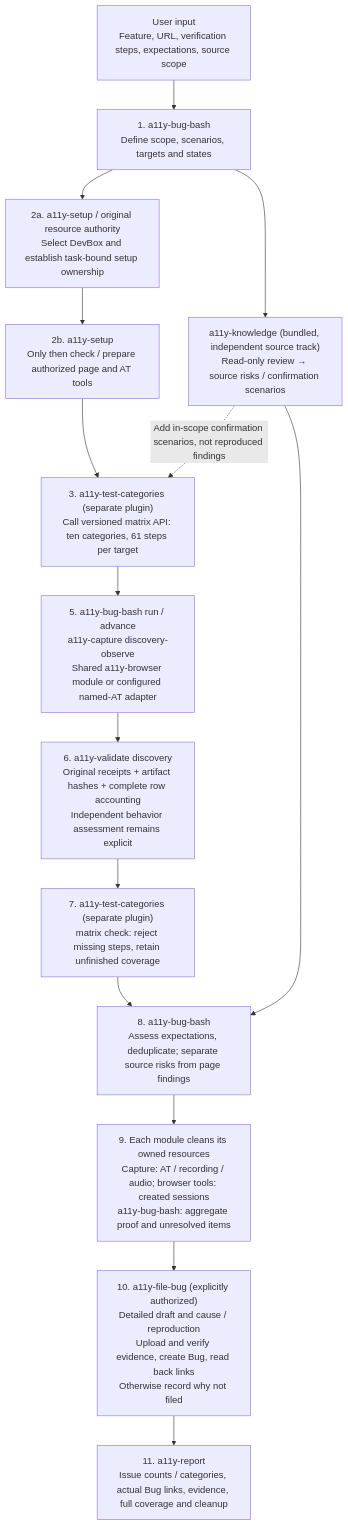
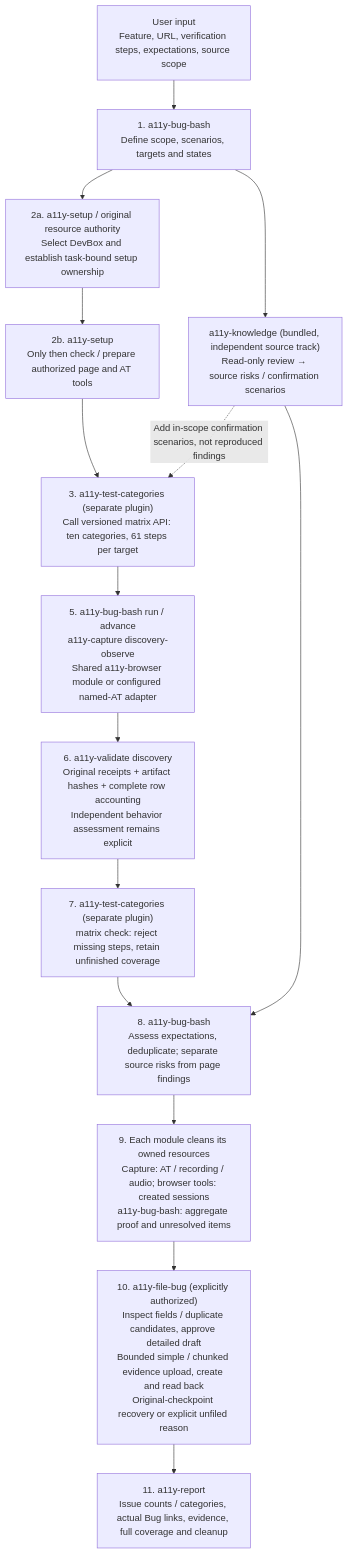
The first of 2 diagrams in docs/BUG-BASH-ARCHITECTURE.md (kaixun96/dev.A11yAssist), drawn with Mermaid before and after one commit. The commit also changed other lines of this file and 200 other files, not shown here.

First line of the commit message:
Complete bounded Bug filing uploads, recovery and report fencing

````diff
--- a/docs/BUG-BASH-ARCHITECTURE.md
+++ b/docs/BUG-BASH-ARCHITECTURE.md
@@ -87,21 +94,21 @@
 ```mermaid
 flowchart TD
     U["User input<br/>Feature, URL, verification steps, expectations, source scope"]
     P["1. a11y-bug-bash<br/>Define scope, scenarios, targets and states"]
     R["2a. a11y-setup / original resource authority<br/>Select DevBox and establish task-bound setup ownership"]
     S["2b. a11y-setup<br/>Only then check / prepare authorized page and AT tools"]
     C["3. a11y-test-categories (separate plugin)<br/>Call versioned matrix API: ten categories, 61 steps per target"]
     E["5. a11y-bug-bash run / advance<br/>a11y-capture discovery-observe<br/>Shared a11y-browser module or configured named-AT adapter"]
     K["a11y-knowledge (bundled, independent source track)<br/>Read-only review → source risks / confirmation scenarios"]
     V["6. a11y-validate discovery<br/>Original receipts + artifact hashes + complete row accounting<br/>Independent behavior assessment remains explicit"]
     G["7. a11y-test-categories (separate plugin)<br/>matrix check: reject missing steps, retain unfinished coverage"]
     A["8. a11y-bug-bash<br/>Assess expectations, deduplicate; separate source risks from page findings"]
     O["9. Each module cleans its owned resources<br/>Capture: AT / recording / audio; browser tools: created sessions<br/>a11y-bug-bash: aggregate proof and unresolved items"]
-    B["10. a11y-file-bug (explicitly authorized)<br/>Detailed draft and cause / reproduction<br/>Upload and verify evidence, create Bug, read back links<br/>Otherwise record why not filed"]
+    B["10. a11y-file-bug (explicitly authorized)<br/>Inspect fields / duplicate candidates, approve detailed draft<br/>Bounded simple / chunked evidence upload, create and read back<br/>Original-checkpoint recovery or explicit unfiled reason"]
     F["11. a11y-report<br/>Issue counts / categories, actual Bug links, evidence, full coverage and cleanup"]
     U --> P
     P --> R --> S --> C --> E --> V --> G --> A --> O --> B --> F
     P --> K
     K --> A
     K -. "Add in-scope confirmation scenarios, not reproduced findings" .-> C
 ```
````
